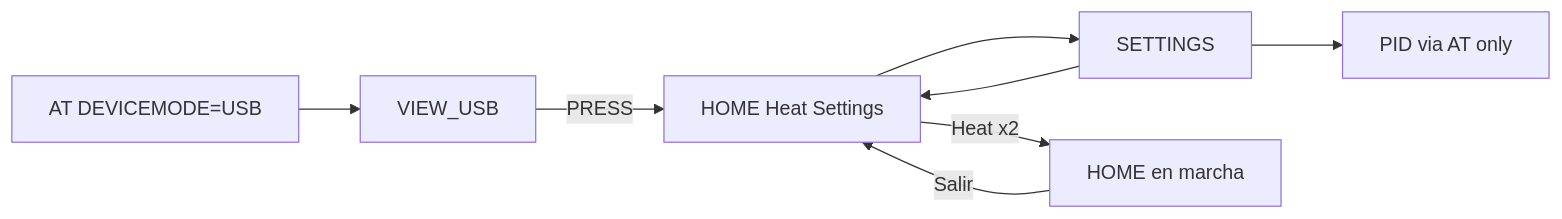
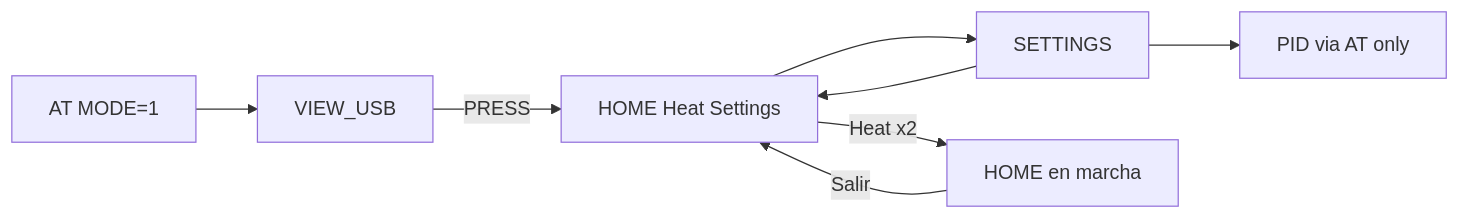
One commit to krisskira/smd-soldering-hotplate changed the second of 3 diagrams in doc/architecture.md. Above: the diagram before and after it, drawn with Mermaid. The commit also changed other lines of this file and 20 other files, not shown here.

````diff
--- a/doc/architecture.md
+++ b/doc/architecture.md
@@ -70,15 +70,15 @@
 ```mermaid
 flowchart LR
   home["HOME Heat Settings"]
   set["SETTINGS"]
   pid["PID via AT only"]
   run["HOME en marcha"]
   usb["VIEW_USB"]
   home -->|Heat x2| run
   home --> set
   set --> pid
   set --> home
   run -->|Salir| home
-  atUsb["AT DEVICEMODE=USB"] --> usb
+  atUsb["AT MODE=1"] --> usb
   usb -->|PRESS| home
 ```
````
